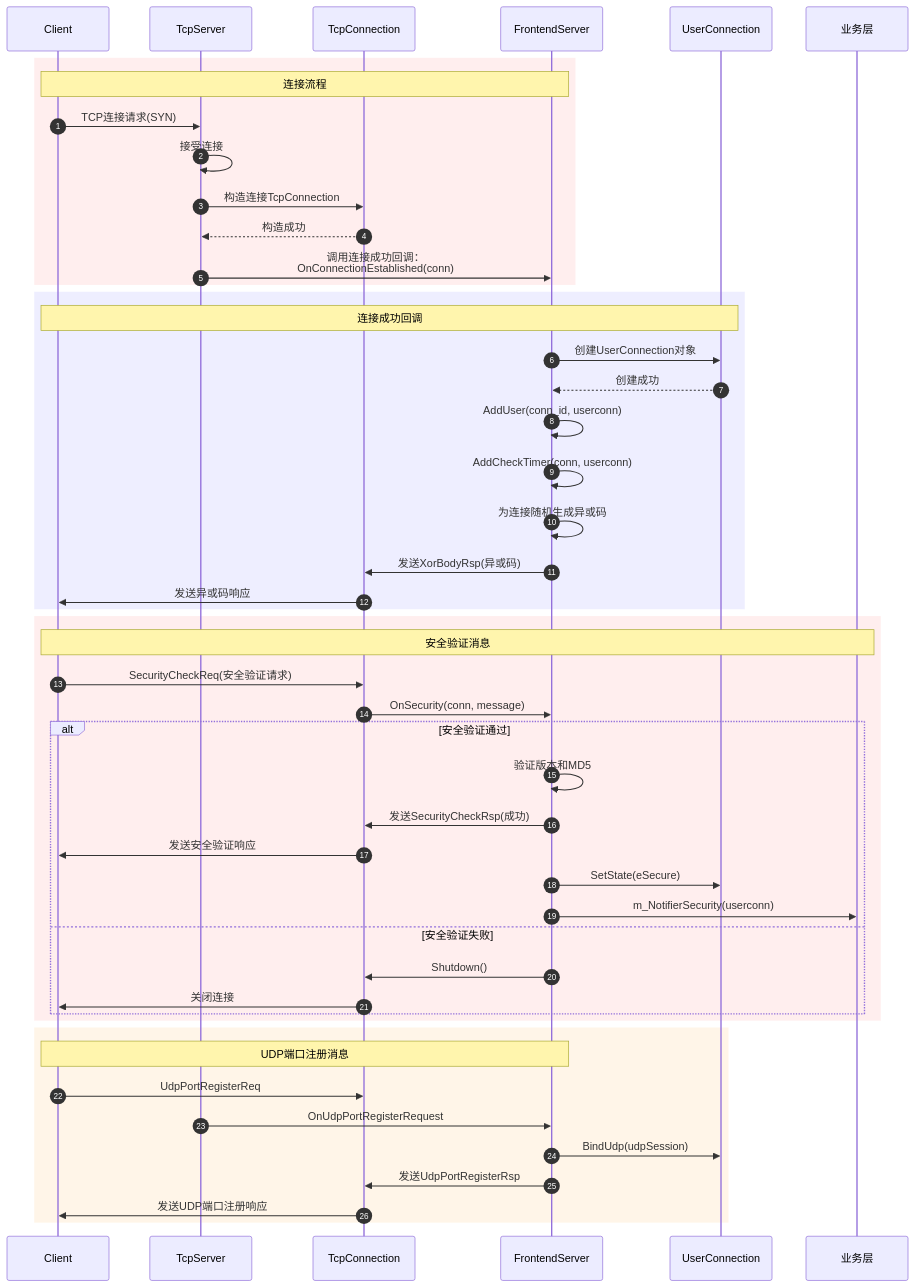
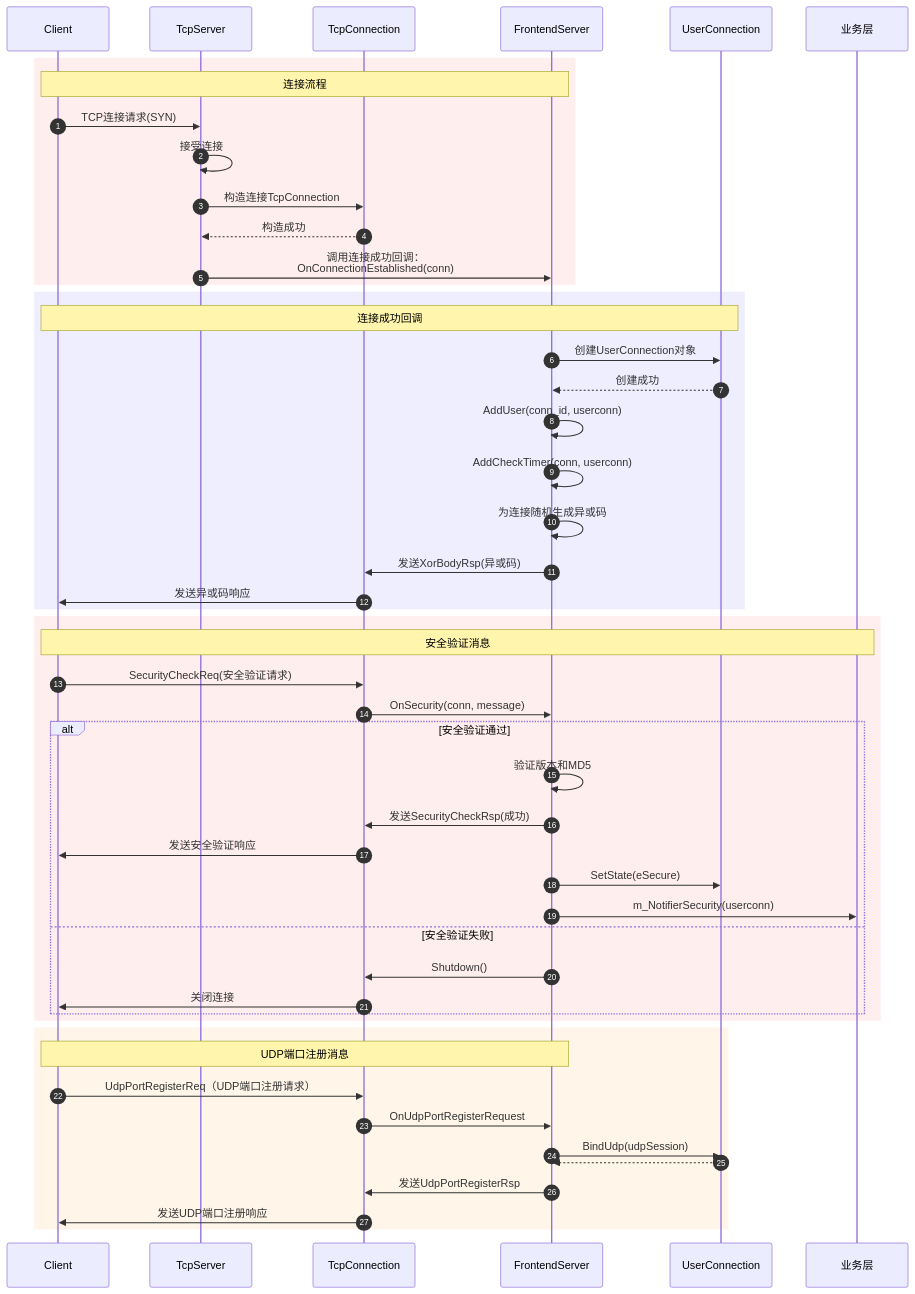
One commit to MYMarcoreus/GameServer changed the second of 5 diagrams in doc/frontend.md. Above: the diagram before and after it, drawn with Mermaid. The commit also changed other lines of this file and 38 other files, not shown here.

````diff
--- a/doc/frontend.md
+++ b/doc/frontend.md
@@ -33,56 +37,57 @@
 ```mermaid
 sequenceDiagram
 	autonumber
     participant Client
     participant TcpServer
     participant TcpConnection
     participant FrontendServer
     participant UserConnection
     participant BusinessLayer as 业务层
 
 	rect rgba(255, 200, 200, 0.3)
         Note over Client, FrontendServer: 连接流程
         Client->>TcpServer: TCP连接请求(SYN)
         TcpServer->>TcpServer: 接受连接
         TcpServer->>TcpConnection: 构造连接TcpConnection
         TcpConnection-->>TcpServer: 构造成功
         TcpServer->>FrontendServer: 调用连接成功回调：<br>OnConnectionEstablished(conn)
     end
  
     rect rgba(200, 200, 255, 0.3)
         Note over Client, UserConnection: 连接成功回调
         FrontendServer->>UserConnection: 创建UserConnection对象
         UserConnection-->>FrontendServer: 创建成功
         FrontendServer->>FrontendServer: AddUser(conn_id, userconn)
         FrontendServer->>FrontendServer: AddCheckTimer(conn, userconn)
         FrontendServer->>FrontendServer: 为连接随机生成异或码
         FrontendServer->>TcpConnection: 发送XorBodyRsp(异或码)
         TcpConnection->>Client: 发送异或码响应
     end
      
     rect rgba(255, 200, 200, 0.3)
         Note over Client, BusinessLayer: 安全验证消息
         Client->>TcpConnection: SecurityCheckReq(安全验证请求)
         TcpConnection->>FrontendServer: OnSecurity(conn, message)
     
         alt 安全验证通过
             FrontendServer->>FrontendServer: 验证版本和MD5
             FrontendServer->>TcpConnection: 发送SecurityCheckRsp(成功)
             TcpConnection->>Client: 发送安全验证响应
             FrontendServer->>UserConnection: SetState(eSecure)
             FrontendServer->>BusinessLayer: m_NotifierSecurity(userconn)
         else 安全验证失败
             FrontendServer->>TcpConnection: Shutdown()
             TcpConnection->>Client: 关闭连接
         end
     end
  
     rect rgba(255, 220, 180, 0.3)
         Note over Client, FrontendServer: UDP端口注册消息
-        Client->>TcpConnection: UdpPortRegisterReq
-        TcpServer->>FrontendServer: OnUdpPortRegisterRequest
+        Client->>TcpConnection: UdpPortRegisterReq（UDP端口注册请求）
+        TcpConnection->>FrontendServer: OnUdpPortRegisterRequest
         FrontendServer->>UserConnection: BindUdp(udpSession)
+        UserConnection-->>FrontendServer: 
         FrontendServer->>TcpConnection: 发送UdpPortRegisterRsp
         TcpConnection->>Client: 发送UDP端口注册响应
     end
 ```
````
